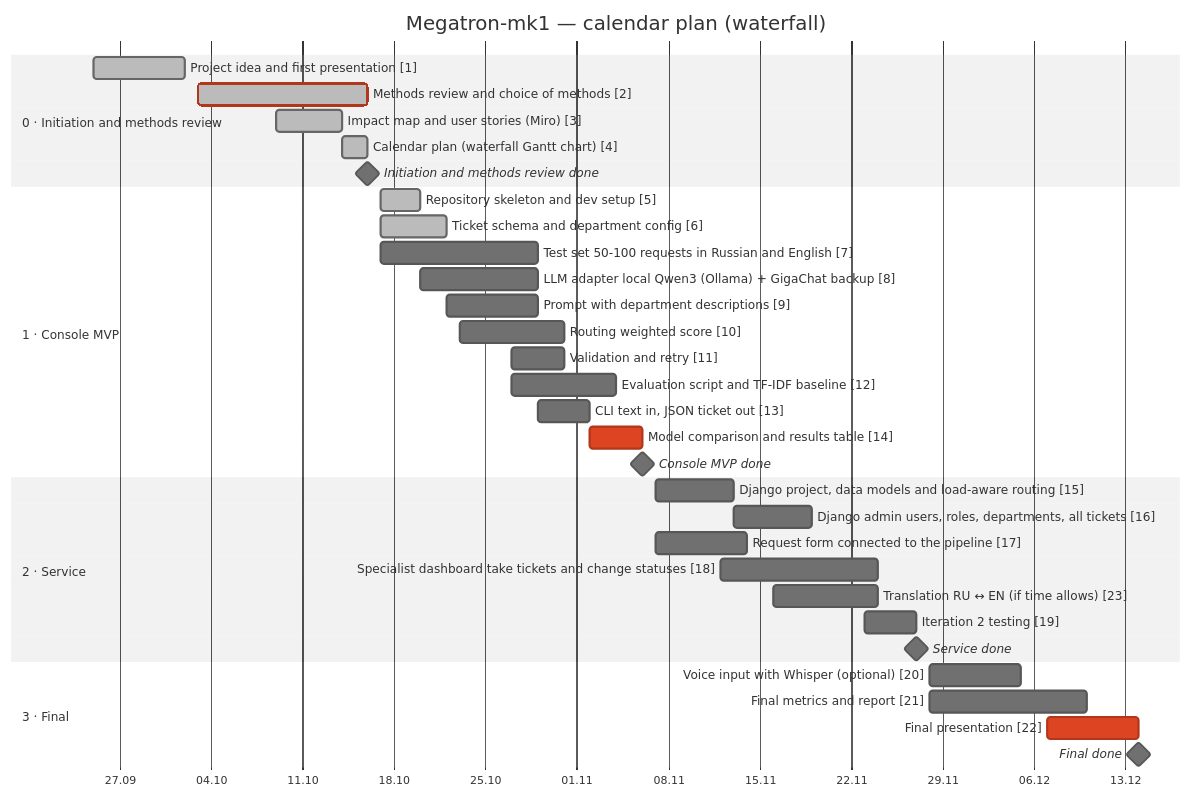
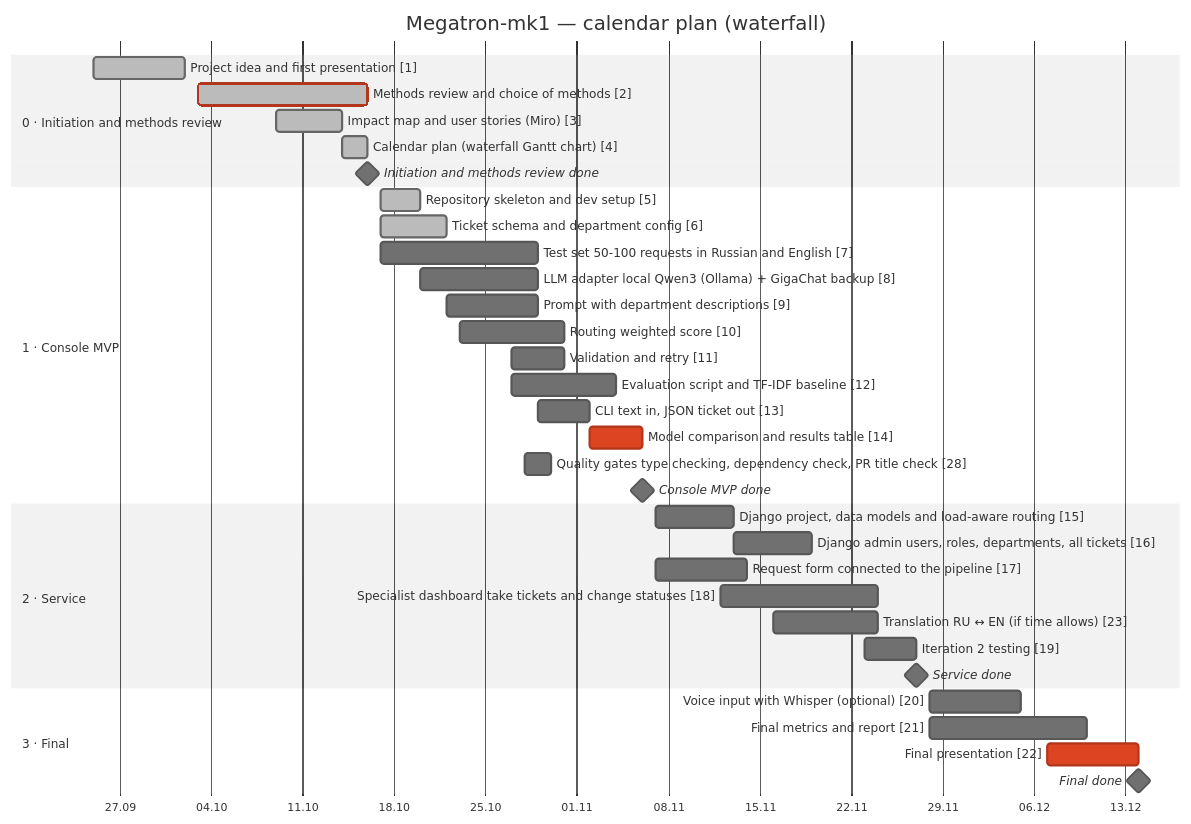
The diagram in README.md (Leenday/support_megatron_mk1), drawn with Mermaid (neutral theme) before and after one commit. The commit also changed other lines of this file and 8 other files, not shown here.

````diff
--- a/README.md
+++ b/README.md
@@ -45,38 +45,39 @@
 ```mermaid
 gantt
     title Megatron-mk1 — calendar plan (waterfall)
     dateFormat YYYY-MM-DD
     axisFormat %d.%m
     todayMarker on
     section 0 · Initiation and methods review
     Project idea and first presentation [1] :done, t1, 2026-09-25, 2026-10-02
     Methods review and choice of methods [2] :done, crit, t2, 2026-10-03, 2026-10-16
     Impact map and user stories (Miro) [3] :done, t3, 2026-10-09, 2026-10-14
     Calendar plan (waterfall Gantt chart) [4] :done, t4, 2026-10-14, 2026-10-16
     Initiation and methods review done :milestone, m0, 2026-10-16, 0d
     section 1 · Console MVP
     Repository skeleton and dev setup [5] :done, t5, 2026-10-17, 2026-10-20
     Ticket schema and department config [6] :done, t6, 2026-10-17, 2026-10-22
     Test set 50-100 requests in Russian and English [7] :t7, 2026-10-17, 2026-10-29
     LLM adapter local Qwen3 (Ollama) + GigaChat backup [8] :t8, 2026-10-20, 2026-10-29
     Prompt with department descriptions [9] :t9, 2026-10-22, 2026-10-29
     Routing weighted score [10] :t10, 2026-10-23, 2026-10-31
     Validation and retry [11] :t11, 2026-10-27, 2026-10-31
     Evaluation script and TF-IDF baseline [12] :t12, 2026-10-27, 2026-11-04
     CLI text in, JSON ticket out [13] :t13, 2026-10-29, 2026-11-02
     Model comparison and results table [14] :crit, t14, 2026-11-02, 2026-11-06
+    Quality gates type checking, dependency check, PR title check [28] :t28, 2026-10-28, 2026-10-30
     Console MVP done :milestone, m1, 2026-11-06, 0d
     section 2 · Service
     Django project, data models and load-aware routing [15] :t15, 2026-11-07, 2026-11-13
     Django admin users, roles, departments, all tickets [16] :t16, 2026-11-13, 2026-11-19
     Request form connected to the pipeline [17] :t17, 2026-11-07, 2026-11-14
     Specialist dashboard take tickets and change statuses [18] :t18, 2026-11-12, 2026-11-24
     Translation RU ↔ EN (if time allows) [23] :t23, 2026-11-16, 2026-11-24
     Iteration 2 testing [19] :t19, 2026-11-23, 2026-11-27
     Service done :milestone, m2, 2026-11-27, 0d
     section 3 · Final
     Voice input with Whisper (optional) [20] :t20, 2026-11-28, 2026-12-05
     Final metrics and report [21] :t21, 2026-11-28, 2026-12-10
     Final presentation [22] :crit, t22, 2026-12-07, 2026-12-14
     Final done :milestone, m3, 2026-12-14, 0d
 ```
````
